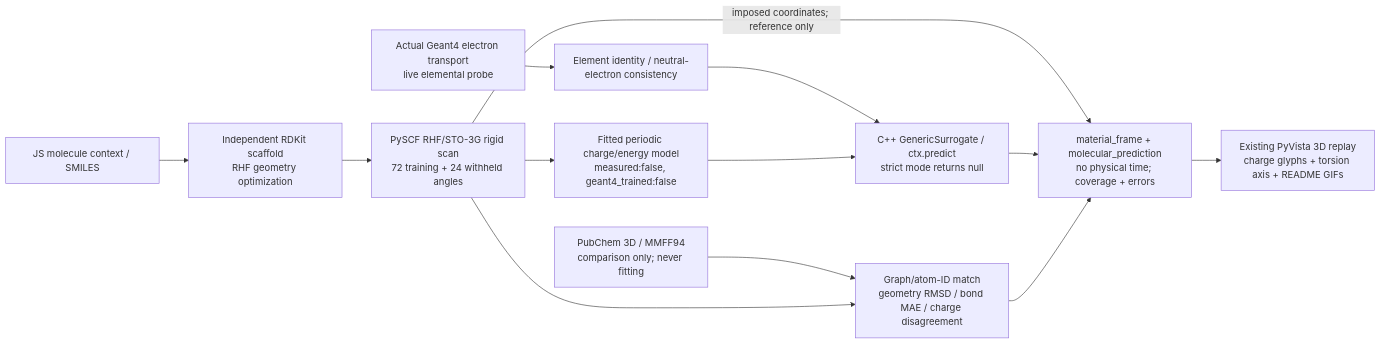
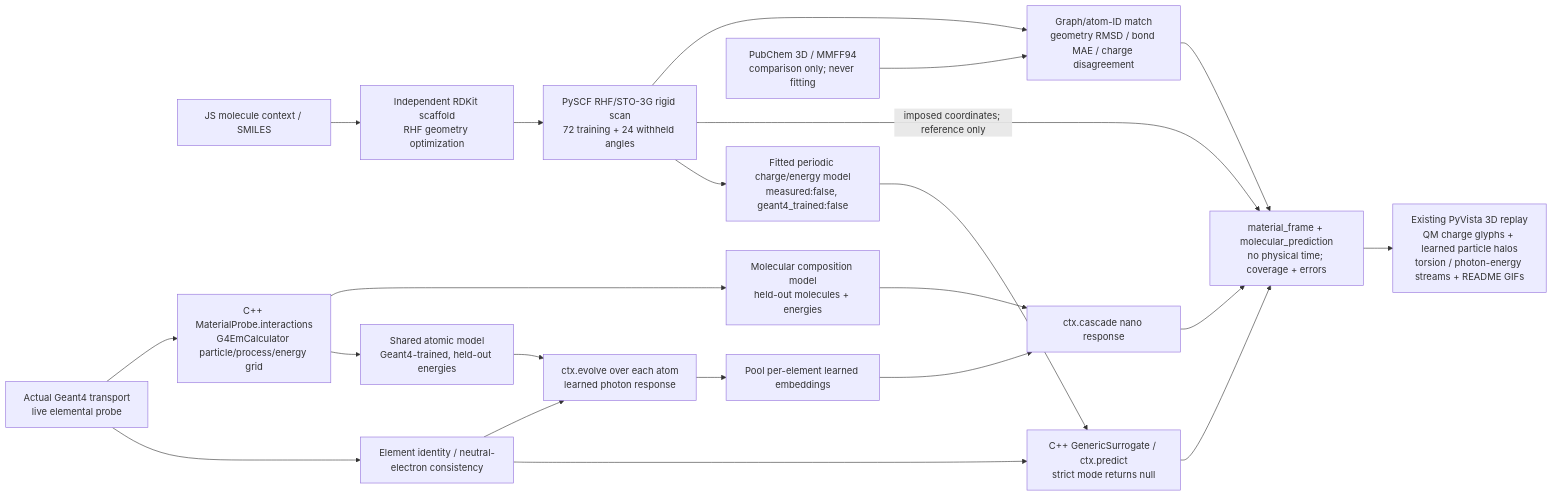
The second of 28 diagrams in CHARTS.md (Geckos-Ink/trech), drawn with Mermaid before and after one commit. The commit also changed other lines of this file and 48 other files, not shown here.

Commit message:
Learn particle response from atoms to molecules and expand gallery

````diff
--- a/CHARTS.md
+++ b/CHARTS.md
@@ -66,15 +66,24 @@
 ```mermaid
 flowchart LR
   GRAPH["JS molecule context / SMILES"] --> INIT["Independent RDKit scaffold\nRHF geometry optimization"]
   INIT --> QM["PySCF RHF/STO-3G rigid scan\n72 training + 24 withheld angles"]
   QM --> FIT["Fitted periodic charge/energy model\nmeasured:false, geant4_trained:false"]
-  G4["Actual Geant4 electron transport\nlive elemental probe"] --> BUDGET["Element identity / neutral-electron consistency"]
+  G4["Actual Geant4 transport\nlive elemental probe"] --> BUDGET["Element identity / neutral-electron consistency"]
   BUDGET --> PRED["C++ GenericSurrogate / ctx.predict\nstrict mode returns null"]
   FIT --> PRED
   QM -->|"imposed coordinates; reference only"| EMIT["material_frame + molecular_prediction\nno physical time; coverage + errors"]
   PRED --> EMIT
   PC["PubChem 3D / MMFF94\ncomparison only; never fitting"] --> CHECK["Graph/atom-ID match\ngeometry RMSD / bond MAE / charge disagreement"]
   QM --> CHECK
   CHECK --> EMIT
-  EMIT --> VIZ["Existing PyVista 3D replay\ncharge glyphs + torsion axis + README GIFs"]
+  G4 --> SPECTRA["C++ MaterialProbe.interactions\nG4EmCalculator particle/process/energy grid"]
+  SPECTRA --> ATFIT["Shared atomic model\nGeant4-trained, held-out energies"]
+  SPECTRA --> MIXFIT["Molecular composition model\nheld-out molecules + energies"]
+  ATFIT --> ATOM["ctx.evolve over each atom\nlearned photon response"]
+  BUDGET --> ATOM
+  ATOM --> POOL["Pool per-element learned embeddings"]
+  POOL --> MOL["ctx.cascade nano response"]
+  MIXFIT --> MOL
+  MOL --> EMIT
+  EMIT --> VIZ["Existing PyVista 3D replay\nQM charge glyphs + learned particle halos\ntorsion / photon-energy streams + README GIFs"]
 ```
````
